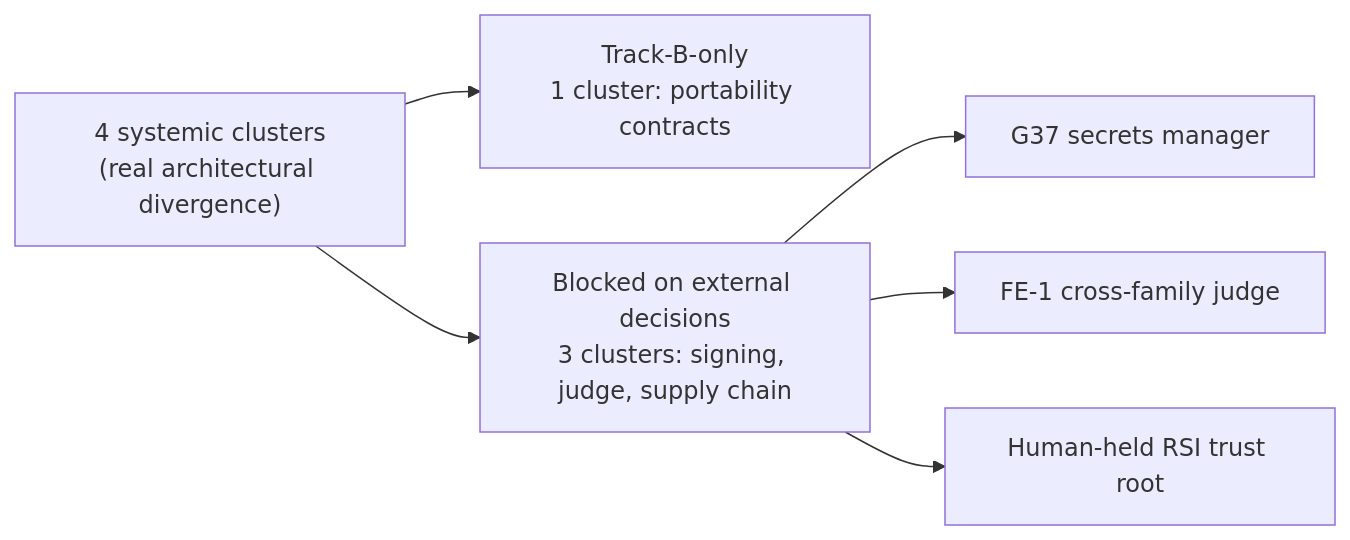
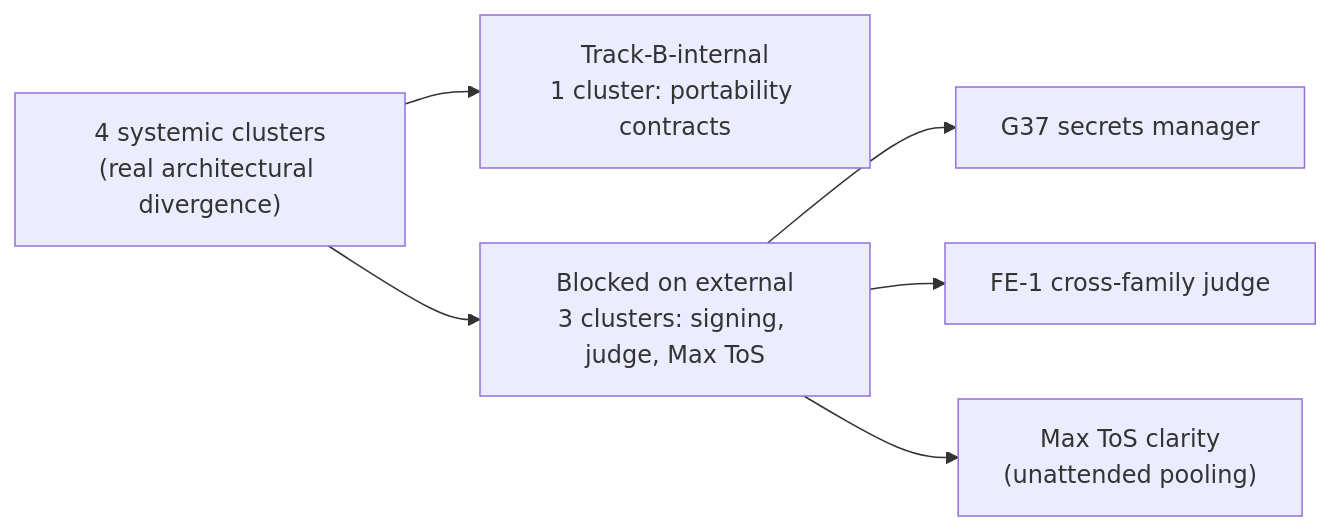
The third of 3 diagrams in architectures/v4/optimized-differences.md (lago-morph/software-factory), drawn with Mermaid before and after one commit. The commit also changed other lines of this file, not shown here.

````diff
--- a/architectures/v4/optimized-differences.md
+++ b/architectures/v4/optimized-differences.md
@@ -190,14 +191,14 @@
 ```mermaid
 flowchart LR
     SYS["4 systemic clusters<br/>(real architectural divergence)"]
-    FREE["Track-B-only<br/>1 cluster: portability contracts"]
-    BLOCKED["Blocked on external decisions<br/>3 clusters: signing, judge, supply chain"]
+    INTERNAL["Track-B-internal<br/>1 cluster: portability contracts"]
+    EXTERNAL["Blocked on external<br/>3 clusters: signing, judge, Max ToS"]
     G37["G37 secrets manager"]
     FE1["FE-1 cross-family judge"]
-    RSI["Human-held RSI trust root"]
-    SYS --> FREE
-    SYS --> BLOCKED
-    BLOCKED --> G37
-    BLOCKED --> FE1
-    BLOCKED --> RSI
+    TOS["Max ToS clarity<br/>(unattended pooling)"]
+    SYS --> INTERNAL
+    SYS --> EXTERNAL
+    EXTERNAL --> G37
+    EXTERNAL --> FE1
+    EXTERNAL --> TOS
 ```
````
